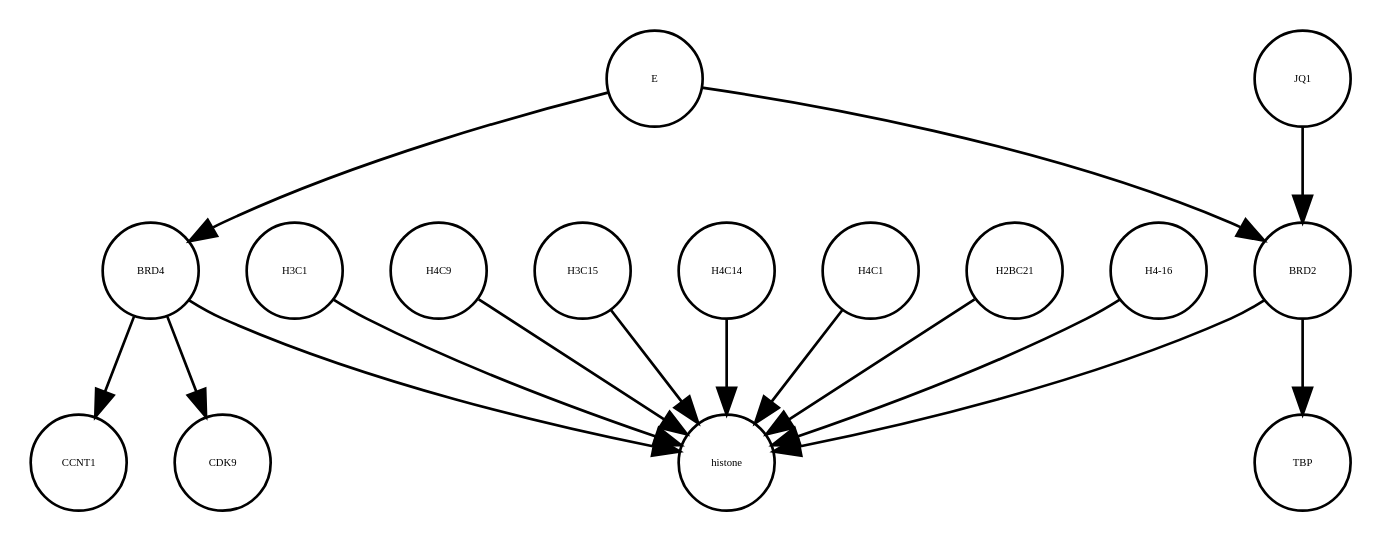
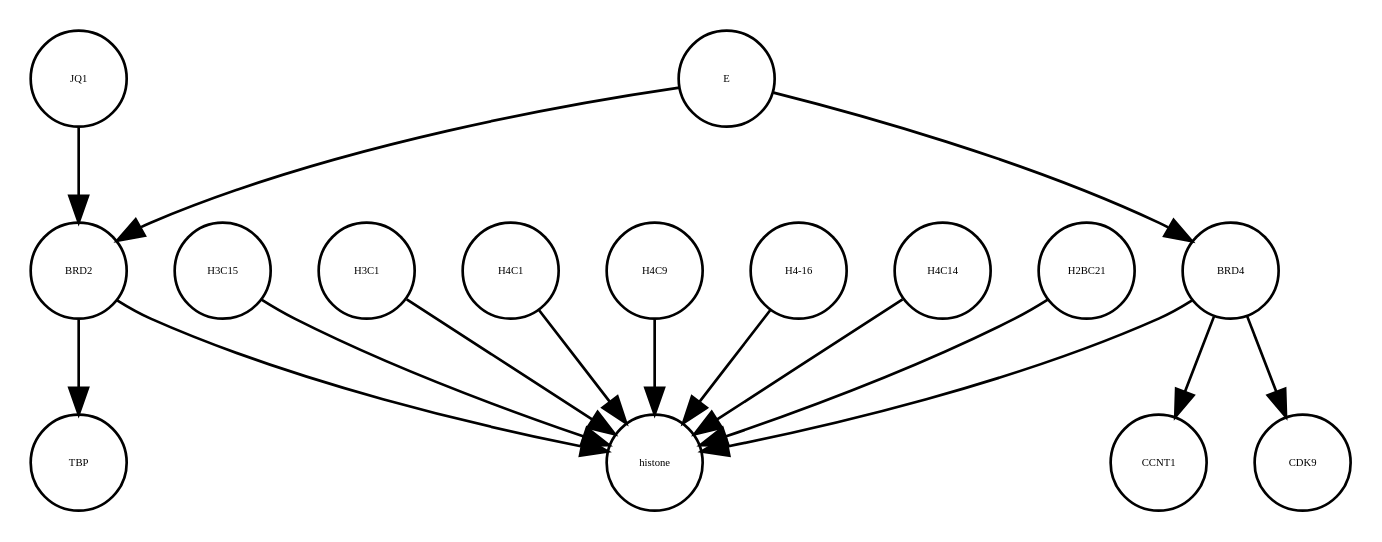
Before and after one commit to cannin/covid19-sbgn: the diagram in E_SARS_CoV_2_21_05_2020.xml_projected.dot, drawn with Graphviz. The commit also changed other lines of this file and 621 other files, not shown here.

```diff
--- a/E_SARS_CoV_2_21_05_2020.xml_projected.dot
+++ b/E_SARS_CoV_2_21_05_2020.xml_projected.dot
@@ -1,32 +1,32 @@
 strict digraph  {
 E [annotation=urn_miriam_ncbiprotein_BCD58755, bipartite=0, cls=macromolecule, fontsize=4, label=E, shape=circle];
+histone [annotation="", bipartite=0, cls=complex, fontsize=4, label=histone, shape=circle];
+H3C15 [annotation="", bipartite=0, cls=macromolecule, fontsize=4, label=H3C15, shape=circle];
+CCNT1 [annotation="", bipartite=0, cls=macromolecule, fontsize=4, label=CCNT1, shape=circle];
 H3C1 [annotation="", bipartite=0, cls=macromolecule, fontsize=4, label=H3C1, shape=circle];
-histone [annotation="", bipartite=0, cls=complex, fontsize=4, label=histone, shape=circle];
-CCNT1 [annotation="", bipartite=0, cls=macromolecule, fontsize=4, label=CCNT1, shape=circle];
+BRD2 [annotation="", bipartite=0, cls=macromolecule, fontsize=4, label=BRD2, shape=circle];
+H4C1 [annotation="", bipartite=0, cls=macromolecule, fontsize=4, label=H4C1, shape=circle];
 H4C9 [annotation="", bipartite=0, cls=macromolecule, fontsize=4, label=H4C9, shape=circle];
-H3C15 [annotation="", bipartite=0, cls=macromolecule, fontsize=4, label=H3C15, shape=circle];
+CDK9 [annotation="", bipartite=0, cls=macromolecule, fontsize=4, label=CDK9, shape=circle];
+JQ1 [annotation="", bipartite=0, cls=macromolecule, fontsize=4, label=JQ1, shape=circle];
+"H4-16" [annotation="", bipartite=0, cls=macromolecule, fontsize=4, label="H4-16", shape=circle];
+TBP [annotation="", bipartite=0, cls=macromolecule, fontsize=4, label=TBP, shape=circle];
+H4C14 [annotation="", bipartite=0, cls=macromolecule, fontsize=4, label=H4C14, shape=circle];
 BRD4 [annotation="", bipartite=0, cls=macromolecule, fontsize=4, label=BRD4, shape=circle];
-H4C14 [annotation="", bipartite=0, cls=macromolecule, fontsize=4, label=H4C14, shape=circle];
-JQ1 [annotation="", bipartite=0, cls=macromolecule, fontsize=4, label=JQ1, shape=circle];
-H4C1 [annotation="", bipartite=0, cls=macromolecule, fontsize=4, label=H4C1, shape=circle];
 H2BC21 [annotation="", bipartite=0, cls=macromolecule, fontsize=4, label=H2BC21, shape=circle];
-TBP [annotation="", bipartite=0, cls=macromolecule, fontsize=4, label=TBP, shape=circle];
-"H4-16" [annotation="", bipartite=0, cls=macromolecule, fontsize=4, label="H4-16", shape=circle];
-CDK9 [annotation="", bipartite=0, cls=macromolecule, fontsize=4, label=CDK9, shape=circle];
-BRD2 [annotation="", bipartite=0, cls=macromolecule, fontsize=4, label=BRD2, shape=circle];
 E -> BRD2  [annotation="urn_miriam_doi_10.1038%2Fs41586-020-2286-9|urn_miriam_doi_10.1080%2F15592294.2018.1469891", interaction_type=inhibition];
 E -> BRD4  [annotation="urn_miriam_doi_10.1038%2Fs41586-020-2286-9", interaction_type=inhibition];
+H3C15 -> histone  [annotation="", interaction_type=production];
 H3C1 -> histone  [annotation="", interaction_type=production];
+BRD2 -> TBP  [annotation="urn_miriam_doi_10.1007%2Fs11010-006-9223-6", interaction_type=catalysis];
+BRD2 -> histone  [annotation="urn_miriam_doi_10.1038%2Fnsmb.3228.|urn_miriam_doi_10.1016%2Fj.molcel.2008.01.018", interaction_type=catalysis];
+H4C1 -> histone  [annotation="", interaction_type=production];
 H4C9 -> histone  [annotation="", interaction_type=production];
-H3C15 -> histone  [annotation="", interaction_type=production];
-BRD4 -> CCNT1  [annotation="", interaction_type=catalysis];
+JQ1 -> BRD2  [annotation="urn_miriam_doi_10.1038%2Fs41586-020-2286-9|urn_miriam_doi_10.1080%2F15592294.2018.1469891", interaction_type=inhibition];
+"H4-16" -> histone  [annotation="", interaction_type=production];
+H4C14 -> histone  [annotation="", interaction_type=production];
 BRD4 -> CDK9  [annotation=urn_miriam_taxonomy_10090, interaction_type=catalysis];
 BRD4 -> histone  [annotation="urn_miriam_doi_10.1038%2Fnsmb.3228.|urn_miriam_doi_10.1016%2Fj.molcel.2008.01.018", interaction_type=catalysis];
-H4C14 -> histone  [annotation="", interaction_type=production];
-JQ1 -> BRD2  [annotation="urn_miriam_doi_10.1038%2Fs41586-020-2286-9|urn_miriam_doi_10.1080%2F15592294.2018.1469891", interaction_type=inhibition];
-H4C1 -> histone  [annotation="", interaction_type=production];
+BRD4 -> CCNT1  [annotation="", interaction_type=catalysis];
 H2BC21 -> histone  [annotation="", interaction_type=production];
-"H4-16" -> histone  [annotation="", interaction_type=production];
-BRD2 -> TBP  [annotation="urn_miriam_doi_10.1007%2Fs11010-006-9223-6", interaction_type=catalysis];
-BRD2 -> histone  [annotation="urn_miriam_doi_10.1038%2Fnsmb.3228.|urn_miriam_doi_10.1016%2Fj.molcel.2008.01.018", interaction_type=catalysis];
 }
```
